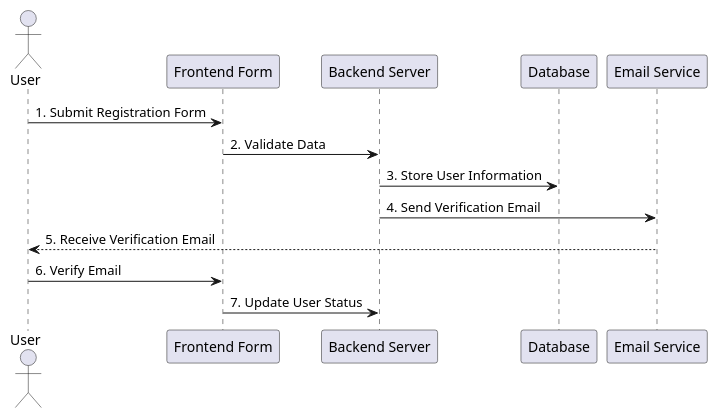
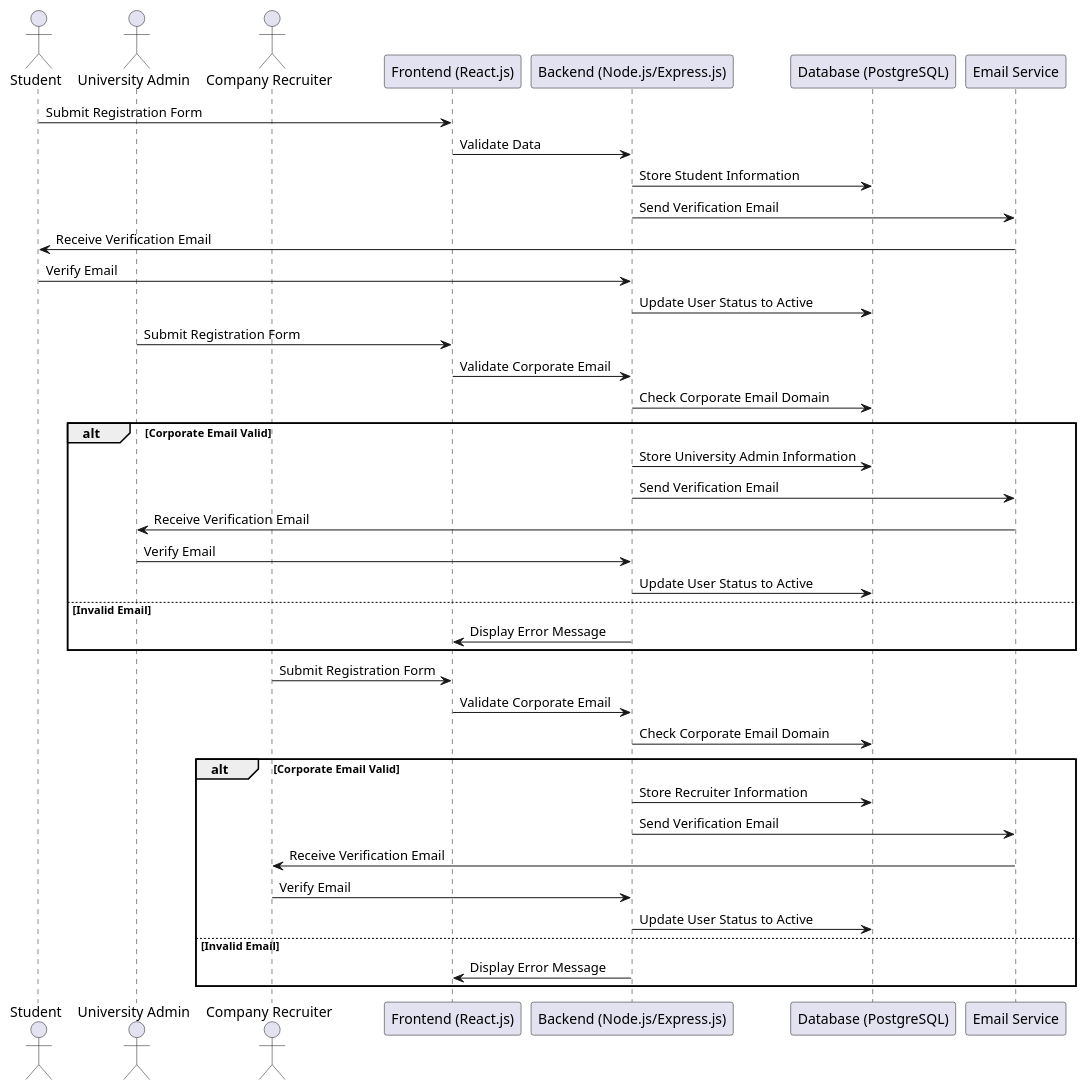
Before and after one commit to Mugao-joy/FIKIA-JOY: the diagram in Registration.puml, drawn with PlantUML. The commit also changed 4 other files, not shown here.

Commit message:
system designs using plantUML

```diff
--- a/Registration.puml
+++ b/Registration.puml
@@ -1,17 +1,48 @@
-@startuml User Registration
+@startuml Registration
+actor "Student" as student
+actor "University Admin" as universityAdmin
+actor "Company Recruiter" as companyRecruiter
 
-actor User as user
-participant "Frontend Form" as form
-participant "Backend Server" as backend
-participant "Database" as db
-participant "Email Service" as email
+participant "Frontend (React.js)" as frontend
+participant "Backend (Node.js/Express.js)" as backend
+participant "Database (PostgreSQL)" as database
+participant "Email Service" as emailService
 
-user -> form : 1. Submit Registration Form
-form -> backend : 2. Validate Data
-backend -> db : 3. Store User Information
-backend -> email : 4. Send Verification Email
-email --> user : 5. Receive Verification Email
-user -> form : 6. Verify Email
-form -> backend : 7. Update User Status
+' Student Registration
+student -> frontend : Submit Registration Form
+frontend -> backend : Validate Data
+backend -> database : Store Student Information
+backend -> emailService : Send Verification Email
+emailService -> student : Receive Verification Email
+student -> backend : Verify Email
+backend -> database : Update User Status to Active
+
+' University Admin Registration
+universityAdmin -> frontend : Submit Registration Form
+frontend -> backend : Validate Corporate Email
+backend -> database : Check Corporate Email Domain
+alt Corporate Email Valid
+    backend -> database : Store University Admin Information
+    backend -> emailService : Send Verification Email
+    emailService -> universityAdmin : Receive Verification Email
+    universityAdmin -> backend : Verify Email
+    backend -> database : Update User Status to Active
+else Invalid Email
+    backend -> frontend : Display Error Message
+end
+
+' Company Recruiter Registration
+companyRecruiter -> frontend : Submit Registration Form
+frontend -> backend : Validate Corporate Email
+backend -> database : Check Corporate Email Domain
+alt Corporate Email Valid
+    backend -> database : Store Recruiter Information
+    backend -> emailService : Send Verification Email
+    emailService -> companyRecruiter : Receive Verification Email
+    companyRecruiter -> backend : Verify Email
+    backend -> database : Update User Status to Active
+else Invalid Email
+    backend -> frontend : Display Error Message
+end
 
 @enduml
```
